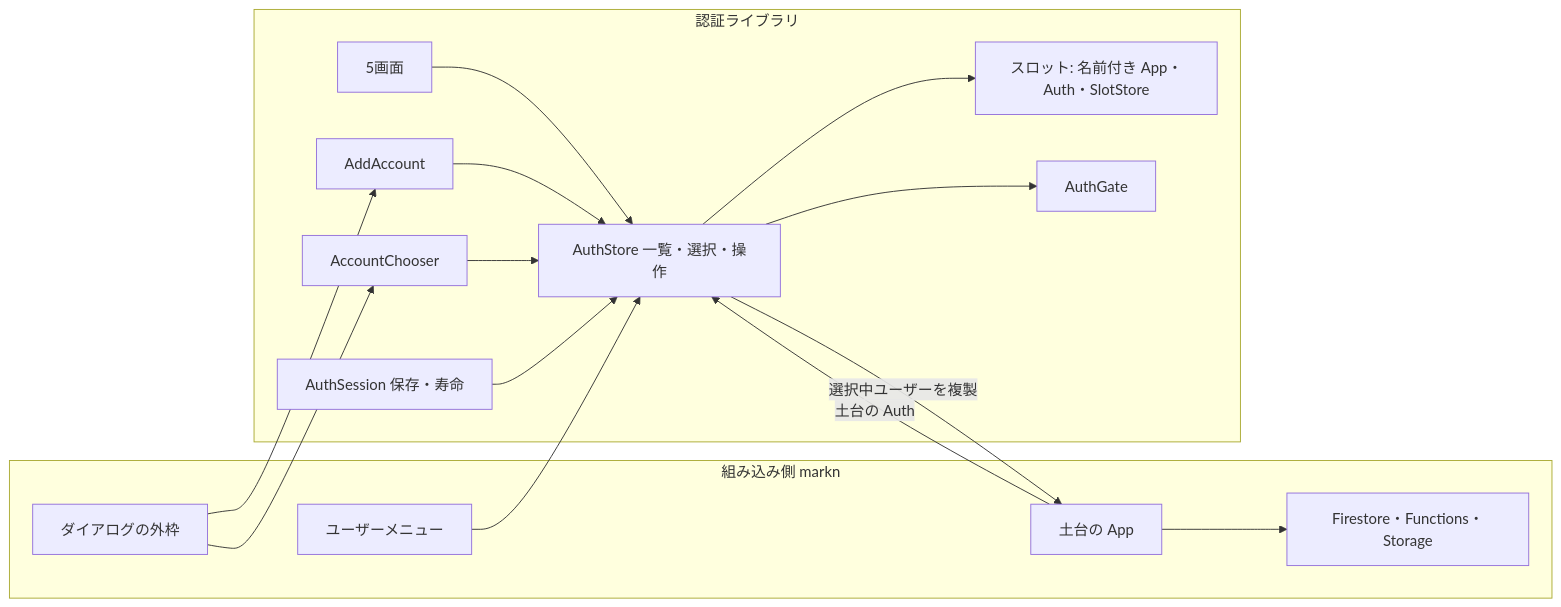
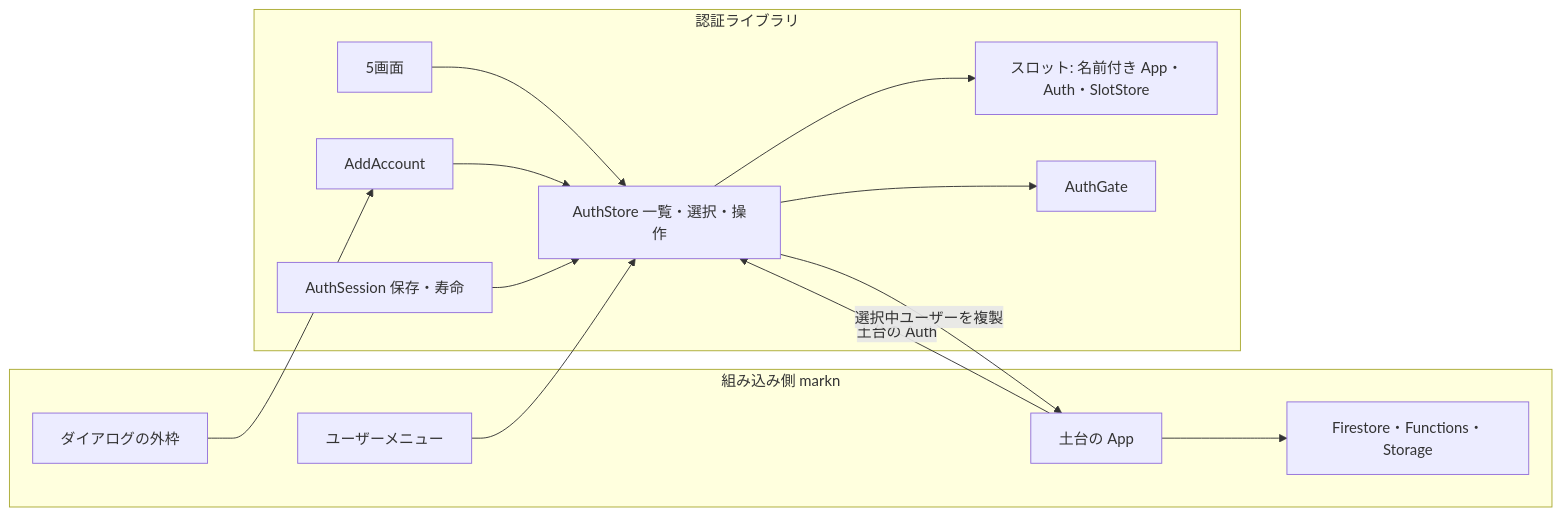
The first of 4 diagrams in .kiro/specs/multi-account-auth/design.md (iyodatakashi/svelte-firebase-auth), drawn with Mermaid before and after one commit. The commit also changed other lines of this file and 3 other files, not shown here.

Commit message:
docs: 戻り先・1件の自動選択・AccountChooser の削除・AddAccount の変更を記録する

````diff
--- a/.kiro/specs/multi-account-auth/design.md
+++ b/.kiro/specs/multi-account-auth/design.md
@@ -76,30 +76,27 @@
 ```mermaid
 flowchart LR
   subgraph markn[組み込み側 markn]
     Menu[ユーザーメニュー]
     Dialog[ダイアログの外枠]
     BaseApp[土台の App]
     Data[Firestore・Functions・Storage]
   end
   subgraph library[認証ライブラリ]
     Session[AuthSession 保存・寿命]
     Store[AuthStore 一覧・選択・操作]
     Slots[スロット: 名前付き App・Auth・SlotStore]
     Screens[5画面]
     Add[AddAccount]
-    Chooser[AccountChooser]
     Gate[AuthGate]
   end
   BaseApp --> Data
   BaseApp -- 土台の Auth --> Store
   Store -- 選択中ユーザーを複製 --> BaseApp
   Menu --> Store
   Dialog --> Add
-  Dialog --> Chooser
   Screens --> Store
   Add --> Store
-  Chooser --> Store
   Session --> Store
   Store --> Slots
   Store --> Gate
 ```
````
